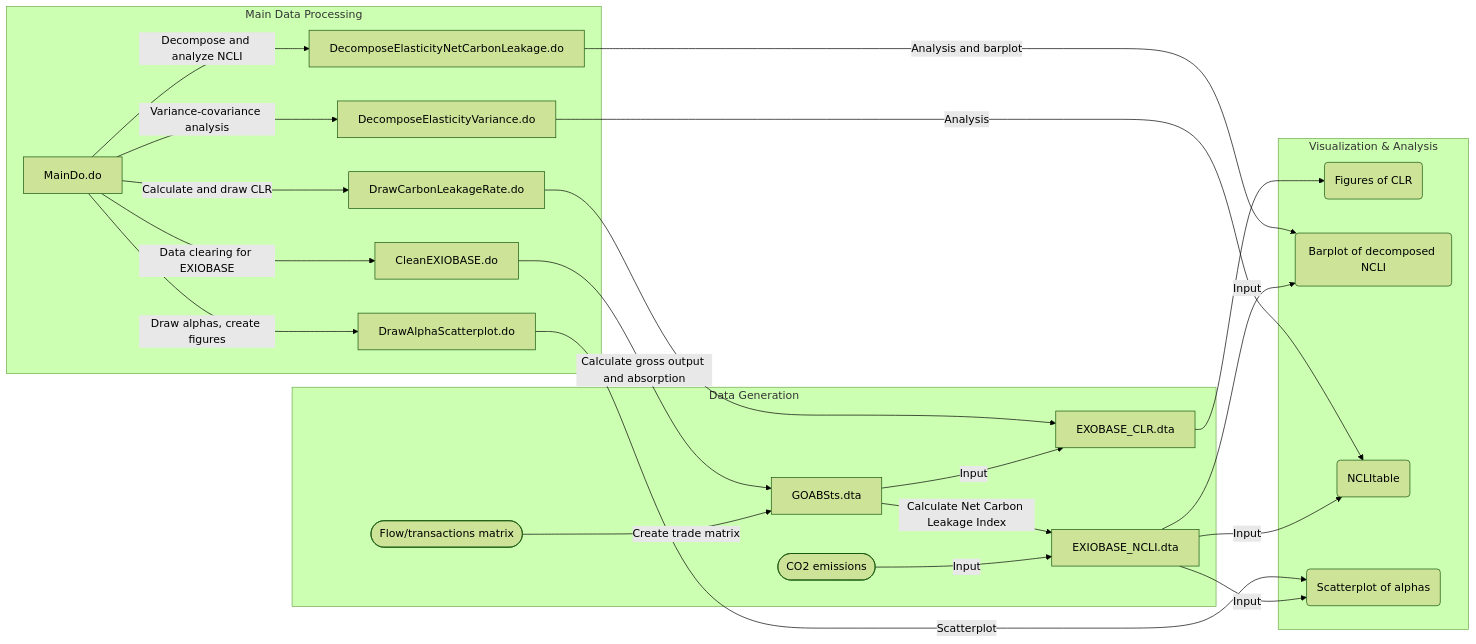
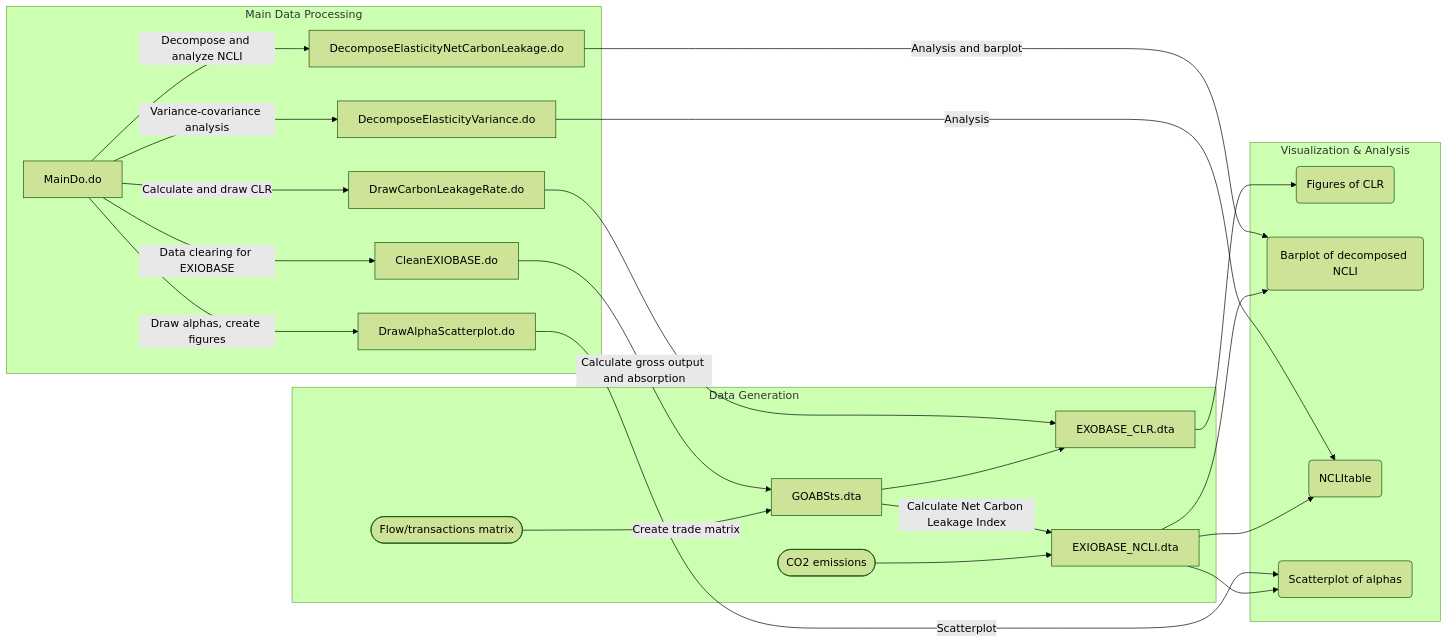
The diagram in README.md (AkariOno/Trade_Carbon), drawn with Mermaid (forest theme) before and after one commit.

````diff
--- a/README.md
+++ b/README.md
@@ -17,52 +17,52 @@
 ```mermaid
 graph LR;
 
 %% Main Process Section
 subgraph Main_Process [Main Data Processing]
     A[MainDo.do]
     B[CleanEXIOBASE.do]
     C[DecomposeElasticityNetCarbonLeakage.do]
     D[DecomposeElasticityVariance.do]
     E[DrawAlphaScatterplot.do]
     F[DrawCarbonLeakageRate.do]
 end
 
 %% Data Generation Section
 subgraph Data_Generation [Data Generation]
     G([Flow/transactions matrix])
     H[GOABSts.dta]
     I[EXIOBASE_NCLI.dta]
     J([CO2 emissions])
     K[EXOBASE_CLR.dta]
 end
 
 %% Data Visualization Section
 subgraph Data_Visualization [Visualization & Analysis]
     L(Figures of CLR)
     M(Barplot of decomposed NCLI)
     N(NCLItable)
     O(Scatterplot of alphas)
 end
 
 %% Connections between nodes
 A --> |Data clearing for EXIOBASE| B
 A --> |Decompose and analyze NCLI| C
 A --> |Variance-covariance analysis| D
 A --> |Draw alphas, create figures| E
 A --> |Calculate and draw CLR| F
 
 G --> |Create trade matrix| H
-J --> |Input| I
+J --> I
 B --> |Calculate gross output and absorption| H
 H --> |Calculate Net Carbon Leakage Index| I
-H --> |Input| K
+H --> K
 F --> K
 K --> L
-I --> |Input| M
-I --> |Input| N
-I --> |Input| O
+I --> M
+I --> N
+I --> O
 C --> |Analysis and barplot| M
 D --> |Analysis| N
 E --> |Scatterplot| O
    
 ```
````
